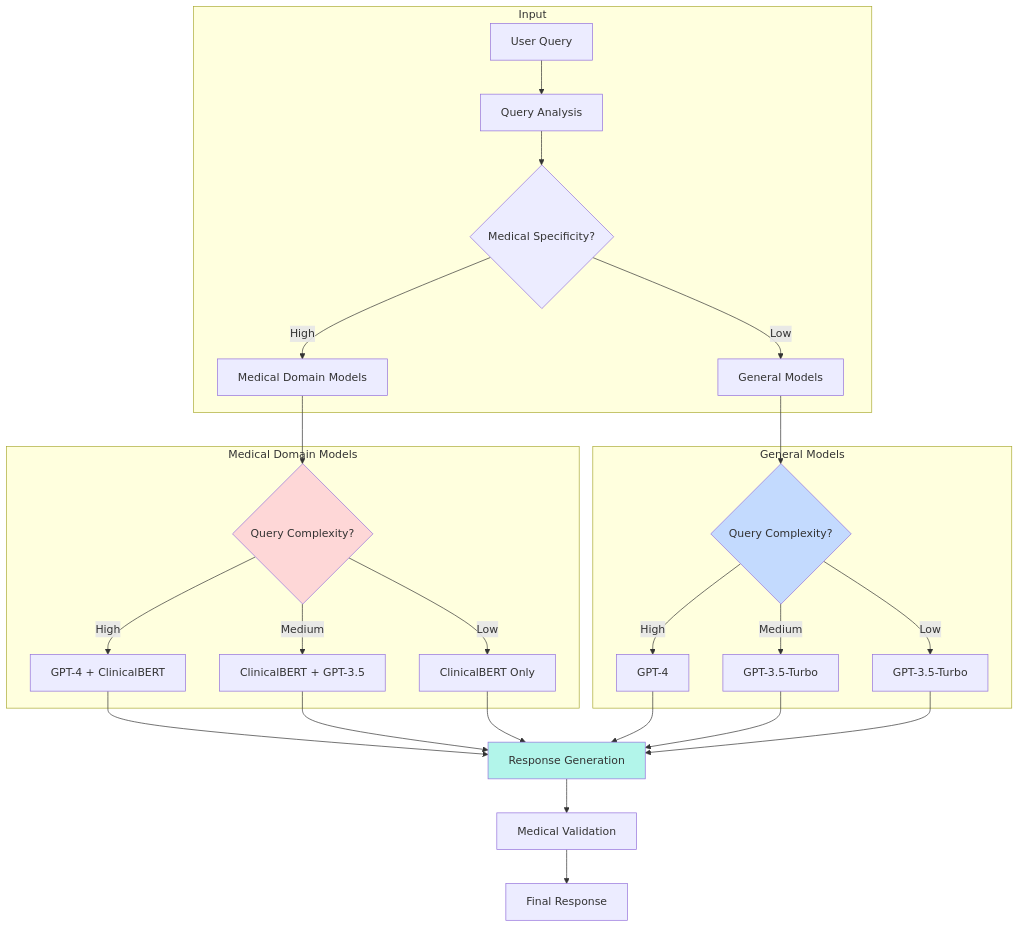
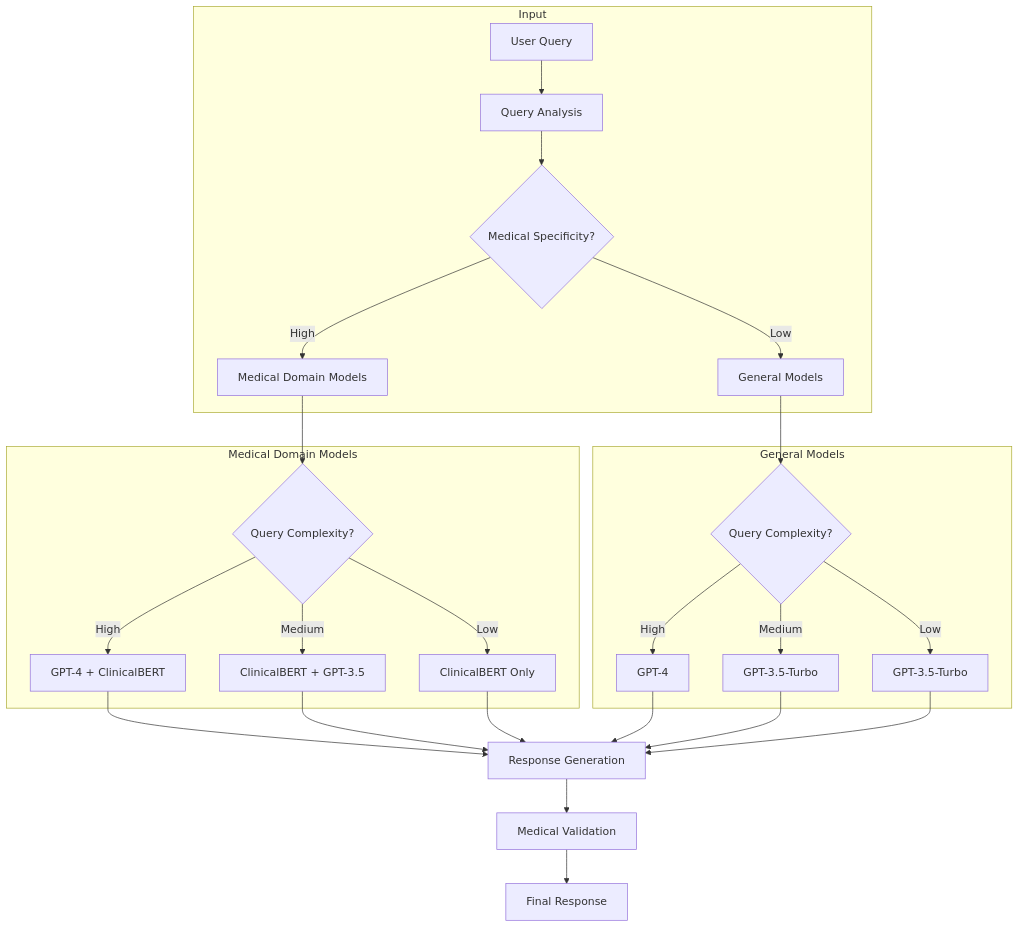
One commit to genewang/Ayuma changed the tenth of 14 diagrams in ARCHITECTURE.md. Above: the diagram before and after it, drawn with Mermaid. The commit also changed other lines of this file and 2 other files, not shown here.

First line of the commit message:
docs: standardize Mermaid diagram styling across documentation

````diff
--- a/ARCHITECTURE.md
+++ b/ARCHITECTURE.md
@@ -595,36 +569,33 @@
 ```mermaid
 flowchart TD
     subgraph Input
         A[User Query] --> B[Query Analysis]
         B --> C{Medical Specificity?}
         C -->|High| D[Medical Domain Models]
         C -->|Low| E[General Models]
     end
 
     subgraph Medical Domain Models
         D --> F{Query Complexity?}
         F -->|High| G[GPT-4 + ClinicalBERT]
         F -->|Medium| H[ClinicalBERT + GPT-3.5]
         F -->|Low| I[ClinicalBERT Only]
     end
 
     subgraph General Models
         E --> J{Query Complexity?}
         J -->|High| K[GPT-4]
         J -->|Medium| L[GPT-3.5-Turbo]
         J -->|Low| M[GPT-3.5-Turbo]
     end
 
     G --> N[Response Generation]
     H --> N
     I --> N
     K --> N
     L --> N
     M --> N
     N --> O[Medical Validation]
     O --> P[Final Response]
 
-    style F fill:#fed7d7
-    style J fill:#c3dafe
-    style N fill:#b2f5ea
 ```
````
